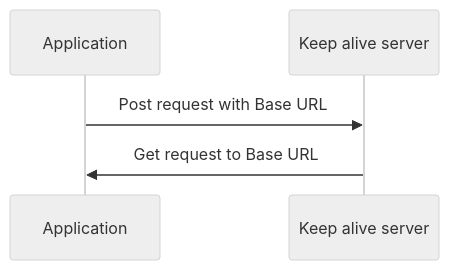
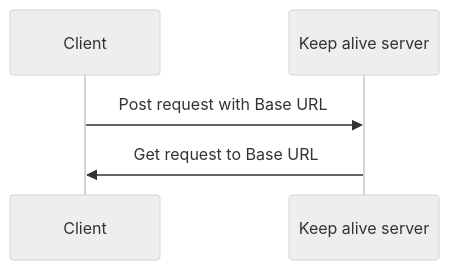
One commit to PickwickSoft/keepalive changed the diagram in README.md. Above: the diagram before and after it, drawn with Mermaid (neutral theme).

Commit message:
Auto stash before rebase of "refs/heads/main"

````diff
--- a/README.md
+++ b/README.md
@@ -8,7 +8,7 @@
 ```mermaid
 sequenceDiagram
-    participant Application
+    participant Client
     participant Keep alive server
-    Application->>Keep alive server: Post request with Base URL
-    Keep alive server->>Application: Get request to Base URL
+    Client->>Keep alive server: Post request with Base URL
+    Keep alive server->>Client: Get request to Base URL
 ```
````
